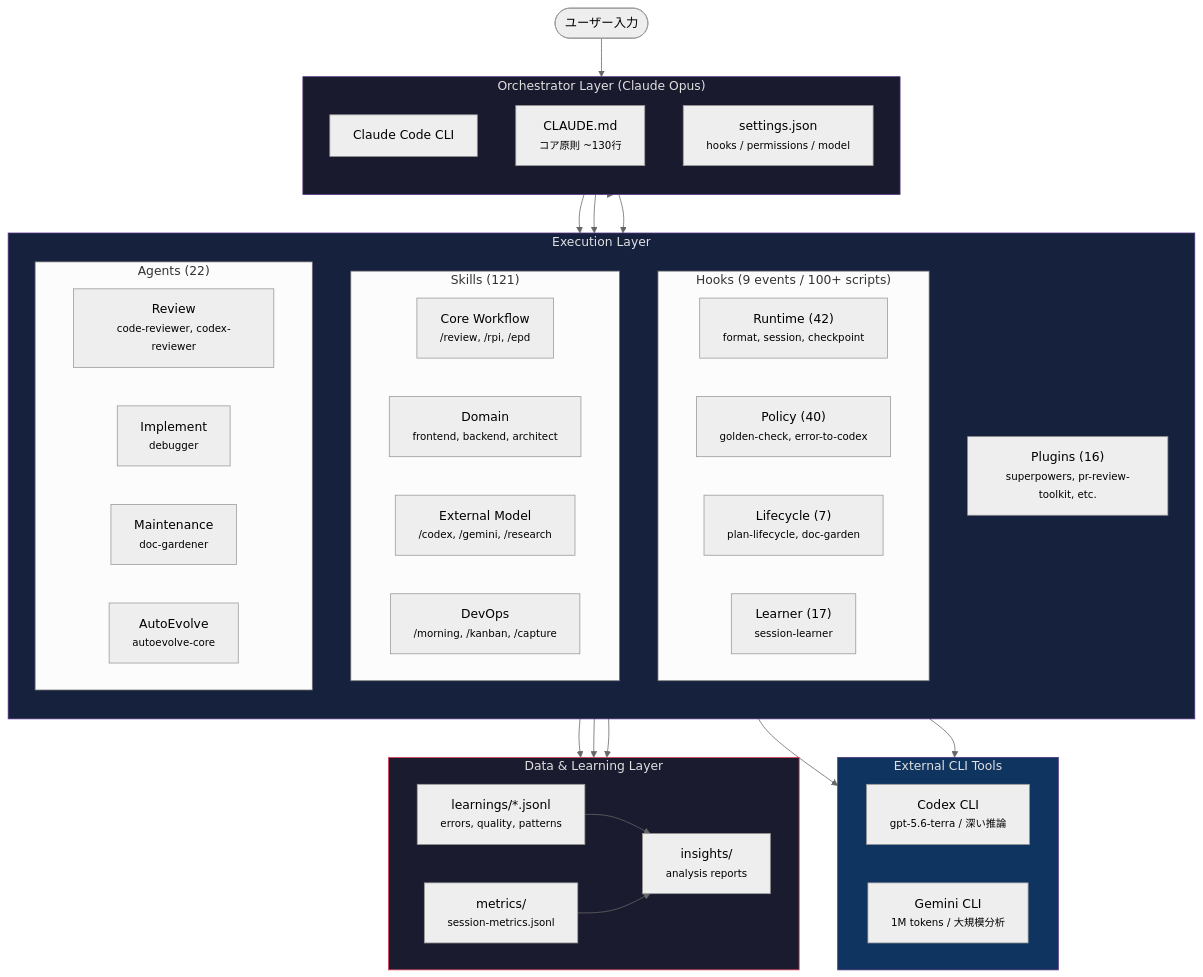
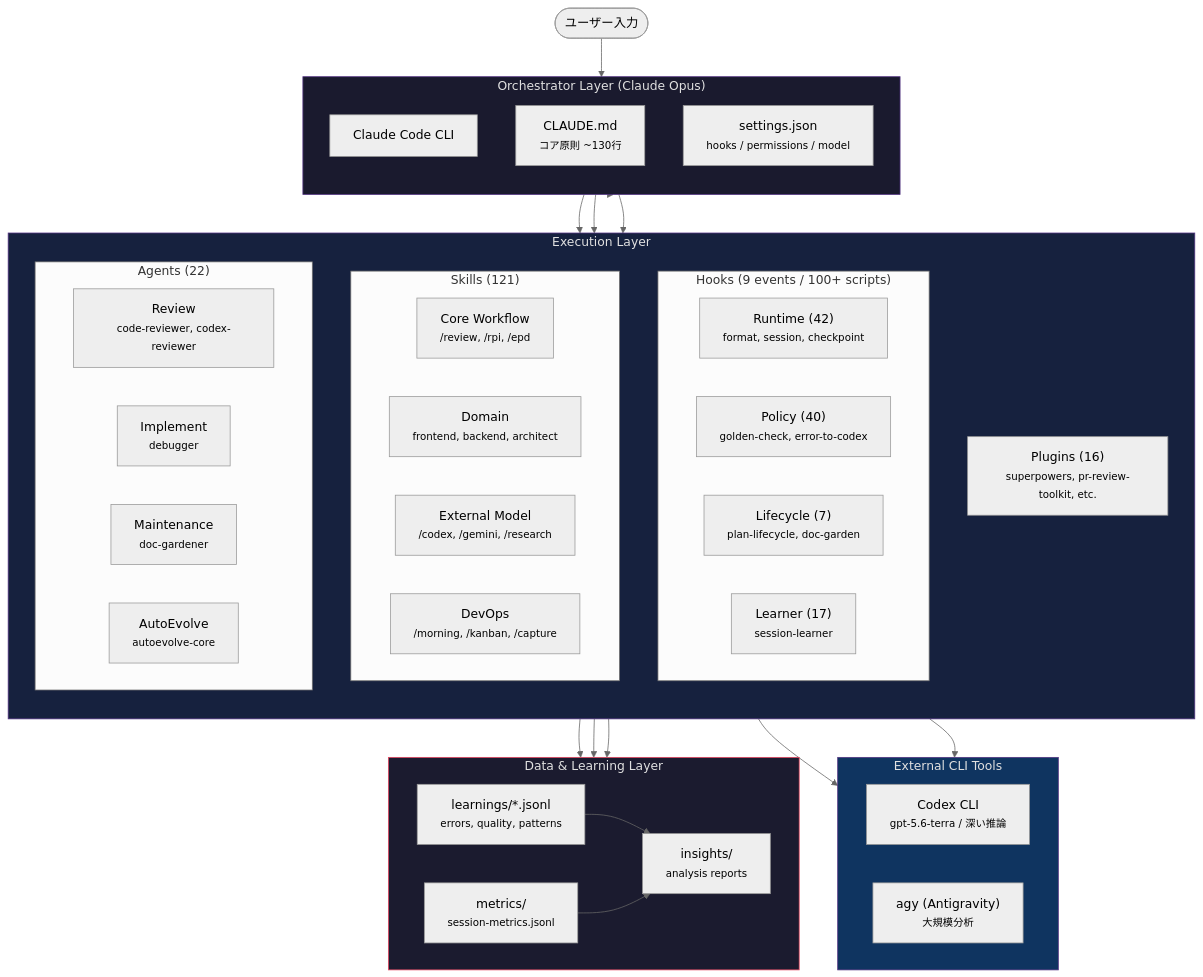
Before and after one commit to takeuchi-shogo/dotfiles: the first of 3 diagrams in .config/claude/README.md, drawn with Mermaid (neutral theme). The commit also changed other lines of this file and 18 other files, not shown here.

First line of the commit message:
🔧 chore(harness): 個人向け Gemini CLI を外し live 経路を agy に切り替える

````diff
--- a/.config/claude/README.md
+++ b/.config/claude/README.md
@@ -28,71 +28,71 @@
 ```mermaid
 graph TB
     User([ユーザー入力])
 
     subgraph orchestrator["Orchestrator Layer (Claude Opus)"]
         direction TB
         CC[Claude Code CLI]
         CLAUDE_MD["CLAUDE.md<br><small>コア原則 ~130行</small>"]
         SETTINGS["settings.json<br><small>hooks / permissions / model</small>"]
     end
 
     subgraph execution["Execution Layer"]
         direction TB
         subgraph hooks_box["Hooks (9 events / 100+ scripts)"]
             direction LR
             H_RT["Runtime (42)<br><small>format, session, checkpoint</small>"]
             H_PO["Policy (40)<br><small>golden-check, error-to-codex</small>"]
             H_LC["Lifecycle (7)<br><small>plan-lifecycle, doc-garden</small>"]
             H_LR["Learner (17)<br><small>session-learner</small>"]
         end
 
         subgraph skills_box["Skills (121)"]
             direction LR
             SK_CORE["Core Workflow<br><small>/review, /rpi, /epd</small>"]
             SK_DOMAIN["Domain<br><small>frontend, backend, architect</small>"]
             SK_EXT["External Model<br><small>/codex, /gemini, /research</small>"]
             SK_OPS["DevOps<br><small>/morning, /kanban, /capture</small>"]
         end
 
         subgraph agents_box["Agents (22)"]
             direction LR
             AG_REV["Review<br><small>code-reviewer, codex-reviewer</small>"]
             AG_IMPL["Implement<br><small>debugger</small>"]
             AG_MAINT["Maintenance<br><small>doc-gardener</small>"]
             AG_EVOLVE["AutoEvolve<br><small>autoevolve-core</small>"]
         end
 
         PLUGINS["Plugins (16)<br><small>superpowers, pr-review-toolkit, etc.</small>"]
     end
 
     subgraph external["External CLI Tools"]
         direction LR
         CODEX["Codex CLI<br><small>gpt-5.6-terra / 深い推論</small>"]
-        GEMINI["Gemini CLI<br><small>1M tokens / 大規模分析</small>"]
+        GEMINI["agy (Antigravity)<br><small>大規模分析</small>"]
     end
 
     subgraph data["Data & Learning Layer"]
         direction LR
         LEARNINGS["learnings/*.jsonl<br><small>errors, quality, patterns</small>"]
         METRICS["metrics/<br><small>session-metrics.jsonl</small>"]
         INSIGHTS["insights/<br><small>analysis reports</small>"]
     end
 
     User --> CC
     CC --> hooks_box
     CC --> skills_box
     CC --> agents_box
     CC --> PLUGINS
     SK_EXT --> CODEX
     SK_EXT --> GEMINI
     AG_EVOLVE --> LEARNINGS
     H_LR --> LEARNINGS
     H_PO --> LEARNINGS
     LEARNINGS --> INSIGHTS
     METRICS --> INSIGHTS
 
     style orchestrator fill:#1a1a2e,stroke:#533483,color:#e0e0e0
     style execution fill:#16213e,stroke:#533483,color:#e0e0e0
     style external fill:#0f3460,stroke:#533483,color:#e0e0e0
     style data fill:#1b1b2f,stroke:#e94560,color:#e0e0e0
 ```
````
